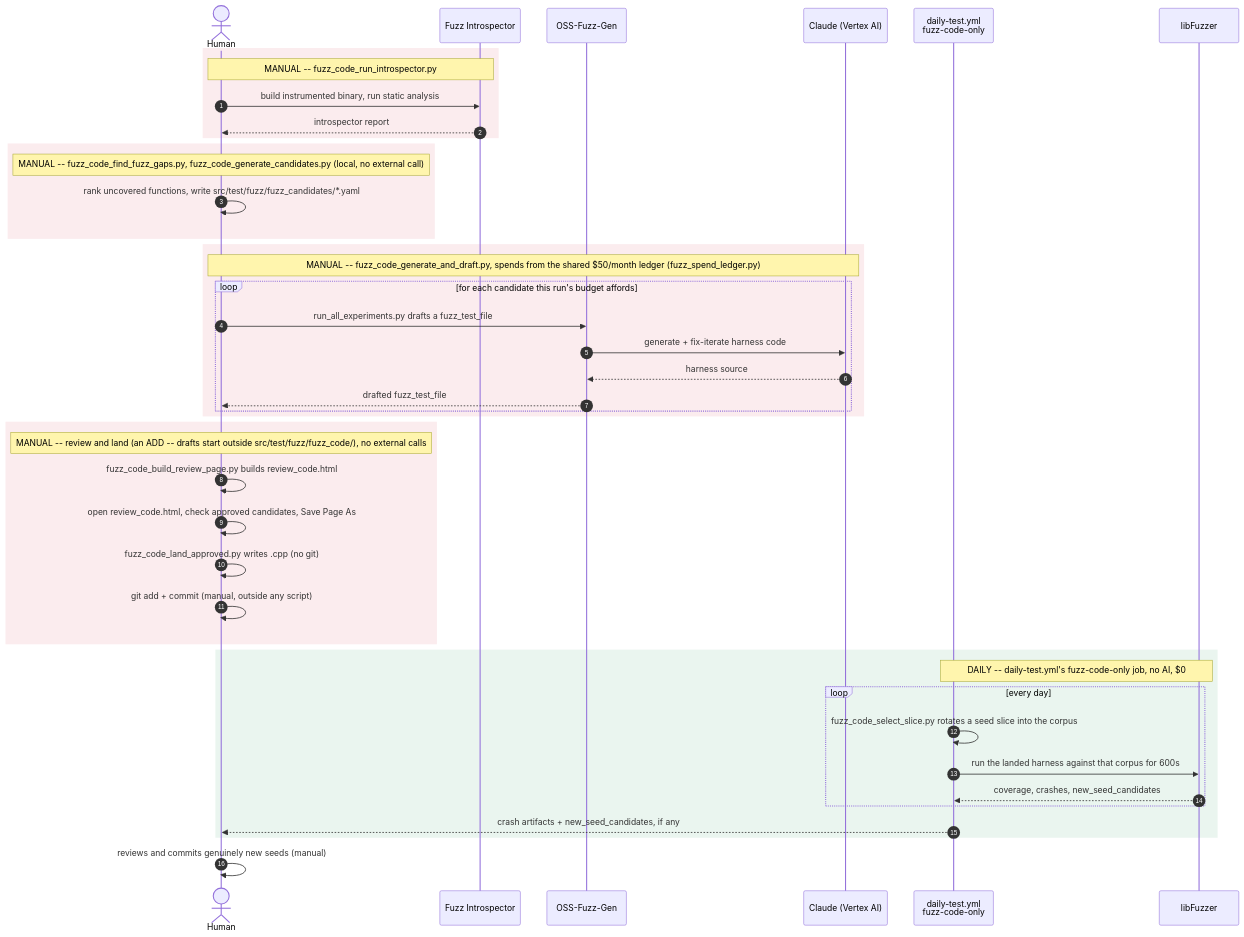
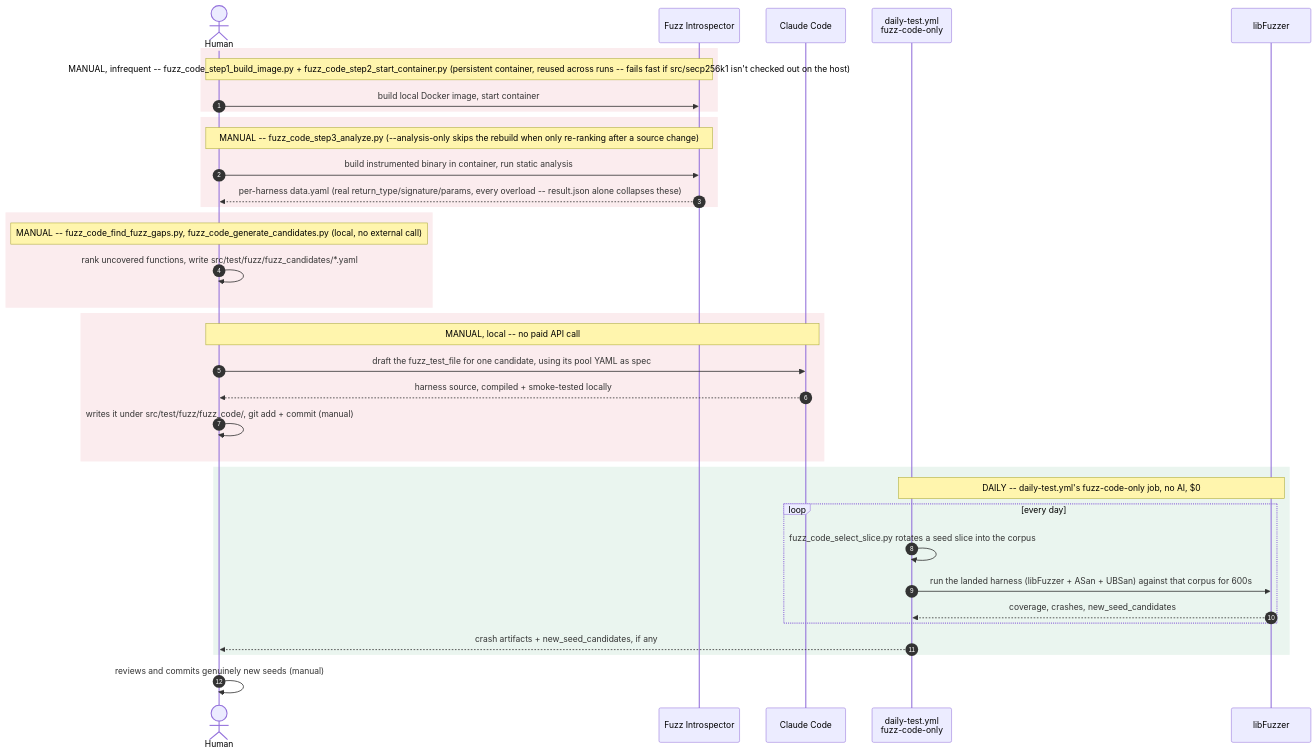
Before and after one commit to chaintope/tapyrus-core: the first of 2 diagrams in contrib/fuzz/PIPELINE.md, drawn with Mermaid. The commit also changed other lines of this file and 136 other files, not shown here.

First line of the commit message:
Fix Fuzz Introspector + OSS-Fuzz-Gen/Vertex Claude drafting pipeline, refresh candidate pool (#467)

````diff
--- a/contrib/fuzz/PIPELINE.md
+++ b/contrib/fuzz/PIPELINE.md
@@ -22,50 +29,43 @@
 ```mermaid
 sequenceDiagram
     autonumber
     actor Human
     participant Intro as Fuzz Introspector
-    participant OFG as OSS-Fuzz-Gen
-    participant Claude as Claude (Vertex AI)
+    participant CC as Claude Code
     participant CI as daily-test.yml<br/>fuzz-code-only
     participant LF as libFuzzer
 
     rect rgb(251, 236, 238)
-    Note over Human,Intro: MANUAL -- fuzz_code_run_introspector.py
-    Human->>Intro: build instrumented binary, run static analysis
-    Intro-->>Human: introspector report
+    Note over Human,Intro: MANUAL, infrequent -- fuzz_code_step1_build_image.py + fuzz_code_step2_start_container.py (persistent container, reused across runs -- fails fast if src/secp256k1 isn't checked out on the host)
+    Human->>Intro: build local Docker image, start container
+    end
+
+    rect rgb(251, 236, 238)
+    Note over Human,Intro: MANUAL -- fuzz_code_step3_analyze.py (--analysis-only skips the rebuild when only re-ranking after a source change)
+    Human->>Intro: build instrumented binary in container, run static analysis
+    Intro-->>Human: per-harness data.yaml (real return_type/signature/params, every overload -- result.json alone collapses these)
     end
 
     rect rgb(251, 236, 238)
     Note over Human: MANUAL -- fuzz_code_find_fuzz_gaps.py, fuzz_code_generate_candidates.py (local, no external call)
     Human->>Human: rank uncovered functions, write src/test/fuzz/fuzz_candidates/*.yaml
     end
 
     rect rgb(251, 236, 238)
-    Note over Human,Claude: MANUAL -- fuzz_code_generate_and_draft.py, spends from the shared $50/month ledger (fuzz_spend_ledger.py)
-    loop for each candidate this run's budget affords
-        Human->>OFG: run_all_experiments.py drafts a fuzz_test_file
-        OFG->>Claude: generate + fix-iterate harness code
-        Claude-->>OFG: harness source
-        OFG-->>Human: drafted fuzz_test_file
-    end
-    end
-
-    rect rgb(251, 236, 238)
-    Note over Human: MANUAL -- review and land (an ADD -- drafts start outside src/test/fuzz/fuzz_code/), no external calls
-    Human->>Human: fuzz_code_build_review_page.py builds review_code.html
-    Human->>Human: open review_code.html, check approved candidates, Save Page As
-    Human->>Human: fuzz_code_land_approved.py writes .cpp (no git)
-    Human->>Human: git add + commit (manual, outside any script)
+    Note over Human,CC: MANUAL, local -- no paid API call
+    Human->>CC: draft the fuzz_test_file for one candidate, using its pool YAML as spec
+    CC-->>Human: harness source, compiled + smoke-tested locally
+    Human->>Human: writes it under src/test/fuzz/fuzz_code/, git add + commit (manual)
     end
 
     rect rgb(234, 245, 239)
     Note over CI,LF: DAILY -- daily-test.yml's fuzz-code-only job, no AI, $0
     loop every day
         CI->>CI: fuzz_code_select_slice.py rotates a seed slice into the corpus
-        CI->>LF: run the landed harness against that corpus for 600s
+        CI->>LF: run the landed harness (libFuzzer + ASan + UBSan) against that corpus for 600s
         LF-->>CI: coverage, crashes, new_seed_candidates
     end
     CI-->>Human: crash artifacts + new_seed_candidates, if any
     end
     Human->>Human: reviews and commits genuinely new seeds (manual)
 ```
````
